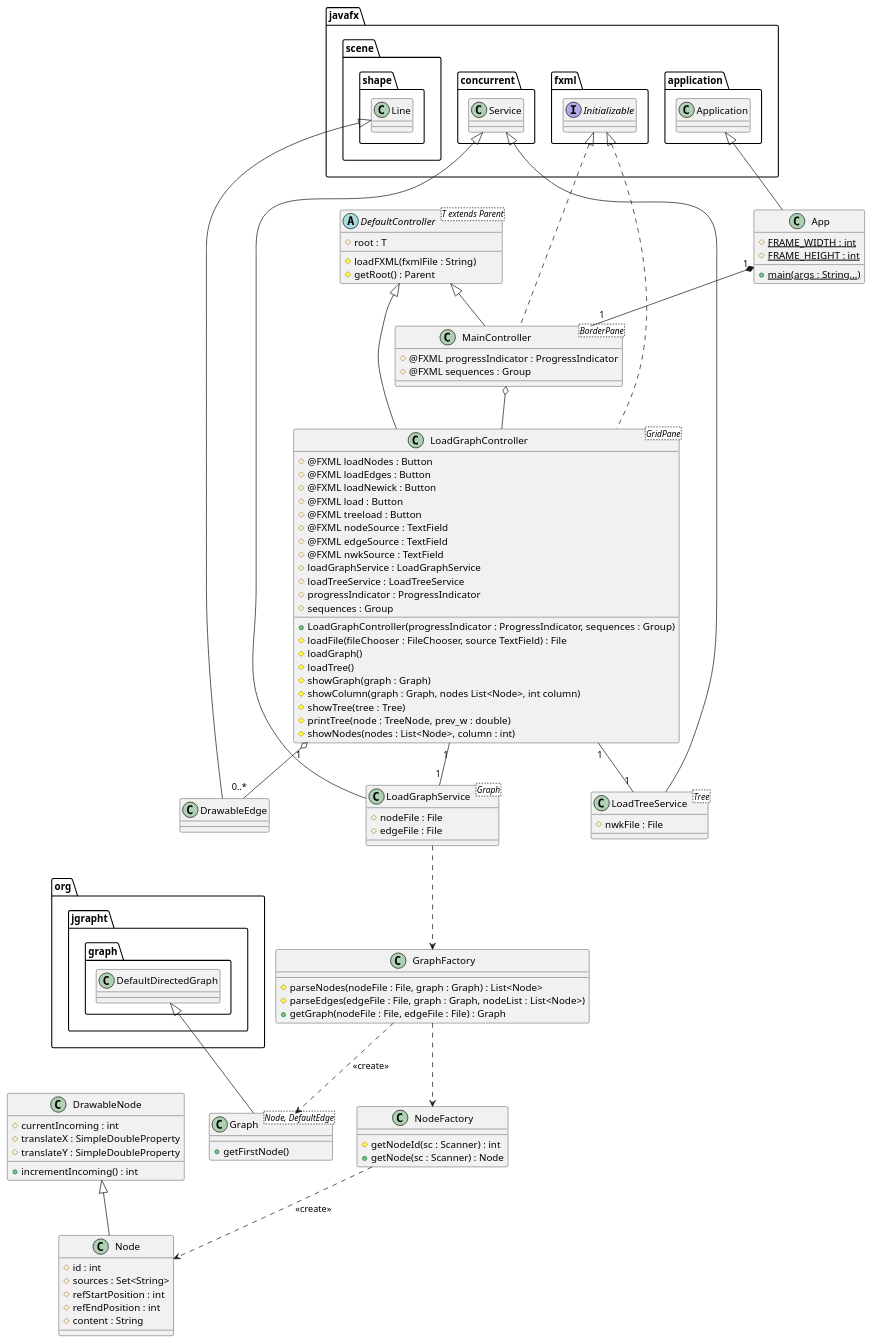
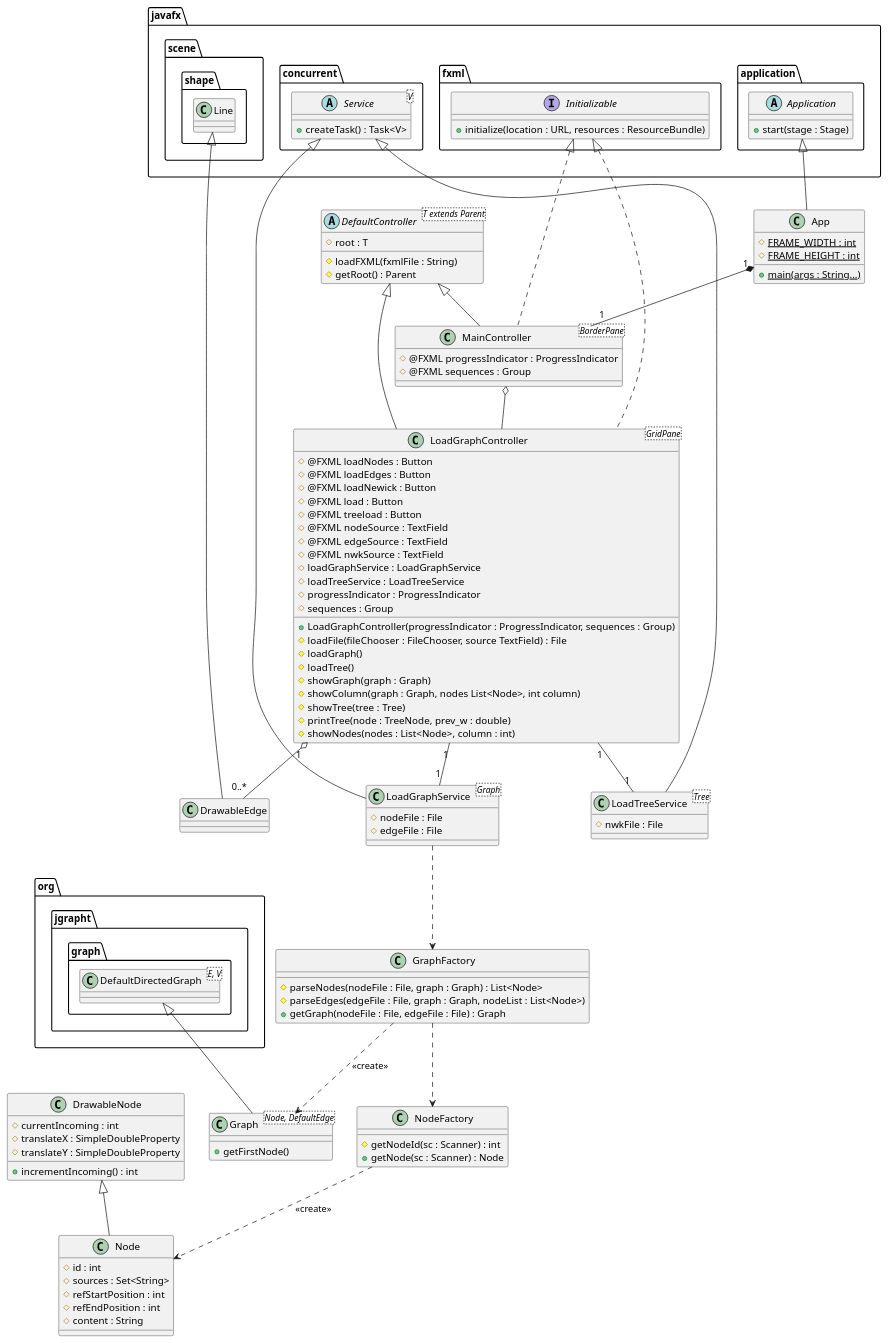
Before and after one commit to ProgrammingLife2015/geex: the diagram in diagrams/ProgrammingLife.puml, drawn with PlantUML.

Commit message:
Define stubs for external classes.

```diff
--- a/diagrams/ProgrammingLife.puml
+++ b/diagrams/ProgrammingLife.puml
@@ -1,97 +1,112 @@
 @startuml
 class App extends javafx.application.Application {
     {static} # FRAME_WIDTH : int
     {static} # FRAME_HEIGHT : int
 
     {static} +main(args : String...)
 }
 
 class DrawableEdge extends javafx.scene.shape.Line
 class DrawableNode {
     # currentIncoming : int
     # translateX : SimpleDoubleProperty
     # translateY : SimpleDoubleProperty
 
     +incrementIncoming() : int
 }
 
 abstract class DefaultController<T extends Parent> {
     # root : T
     #loadFXML(fxmlFile : String)
     #getRoot() : Parent
 }
 
 class MainController<BorderPane> extends DefaultController implements javafx.fxml.Initializable {
     # @FXML progressIndicator : ProgressIndicator
     # @FXML sequences : Group
 }
 
 class LoadGraphController<GridPane> Extends DefaultController implements javafx.fxml.Initializable {
     # @FXML loadNodes : Button
     # @FXML loadEdges : Button
     # @FXML loadNewick : Button
     # @FXML load : Button
     # @FXML treeload : Button
     # @FXML nodeSource : TextField
     # @FXML edgeSource : TextField
     # @FXML nwkSource : TextField
     # loadGraphService : LoadGraphService
     # loadTreeService : LoadTreeService
     # progressIndicator : ProgressIndicator
     # sequences : Group
 
     +LoadGraphController(progressIndicator : ProgressIndicator, sequences : Group)
     #loadFile(fileChooser : FileChooser, source TextField) : File
     #loadGraph()
     #loadTree()
     #showGraph(graph : Graph)
     #showColumn(graph : Graph, nodes List<Node>, int column)
     #showTree(tree : Tree)
     #printTree(node : TreeNode, prev_w : double)
     #showNodes(nodes : List<Node>, column : int)
 }
 
 
 class Node extends DrawableNode {
     # id : int
     # sources : Set<String>
     # refStartPosition : int
     # refEndPosition : int
     # content : String
 }
 class NodeFactory {
     #getNodeId(sc : Scanner) : int
     +getNode(sc : Scanner) : Node
 }
 
 class Graph<Node, DefaultEdge> extends org.jgrapht.graph.DefaultDirectedGraph {
     +getFirstNode()
 }
 class GraphFactory {
     #parseNodes(nodeFile : File, graph : Graph) : List<Node>
     #parseEdges(edgeFile : File, graph : Graph, nodeList : List<Node>)
     +getGraph(nodeFile : File, edgeFile : File) : Graph
 }
 
 class LoadGraphService<Graph> extends javafx.concurrent.Service {
     # nodeFile : File
     # edgeFile : File
 }
 class LoadTreeService<Tree> extends javafx.concurrent.Service {
     # nwkFile : File
 }
 
 GraphFactory ..> Graph : << create >>
 GraphFactory ..> NodeFactory
 
 NodeFactory ..> Node : << create >>
 
 App "1" *-- "1" MainController
 MainController o-- LoadGraphController
 
 LoadGraphController "1" o-- "0..*" DrawableEdge
 LoadGraphController "1" -- "1" LoadGraphService
 LoadGraphController "1" -- "1" LoadTreeService
 
 LoadGraphService ..> GraphFactory
+
+'External classes
+abstract class javafx.concurrent.Service<V> {
+    +createTask() : Task<V>
+}
+
+abstract class javafx.application.Application {
+    +start(stage : Stage)
+}
+
+class org.jgrapht.graph.DefaultDirectedGraph<E, V>
+
+interface javafx.fxml.Initializable {
+    +initialize(location : URL, resources : ResourceBundle)
+}
 @enduml
```
